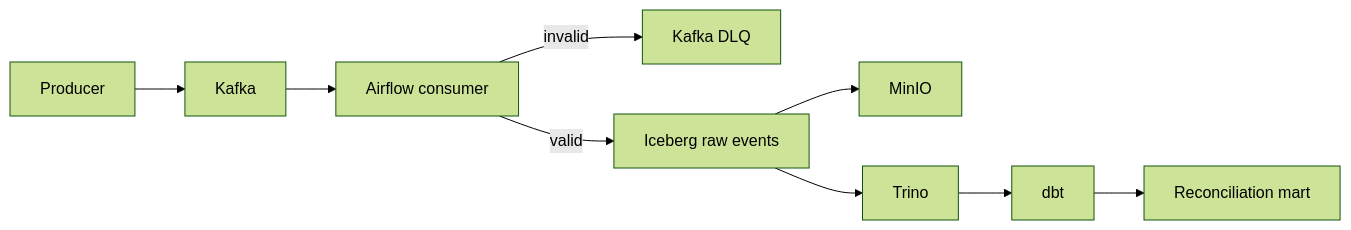
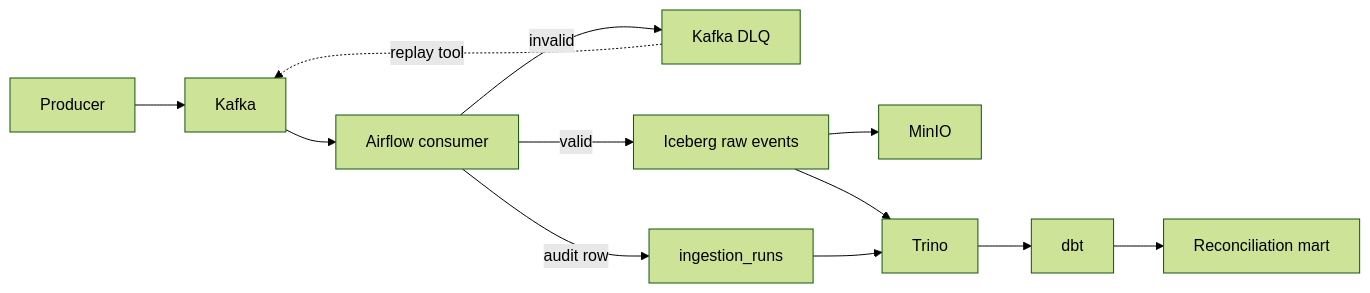
One commit to AndrewLhn/Ledgerline changed the diagram in docs/architecture.md. Above: the diagram before and after it, drawn with Mermaid (forest theme). The commit also changed other lines of this file and 7 other files, not shown here.

```diff
--- a/docs/architecture.md
+++ b/docs/architecture.md
@@ -3,11 +3,14 @@
 ~~~mermaid
 flowchart LR
     P[Producer] --> K[Kafka]
     K --> A[Airflow consumer]
     A -->|invalid| DLQ[Kafka DLQ]
     A -->|valid| I[Iceberg raw events]
+    A -->|audit row| AU[ingestion_runs]
     I --> M[MinIO]
     I --> T[Trino]
+    AU --> T
     T --> D[dbt]
     D --> R[Reconciliation mart]
+    DLQ -.->|replay tool| K
 ~~~
```
